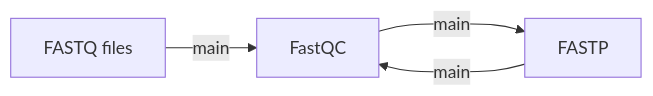
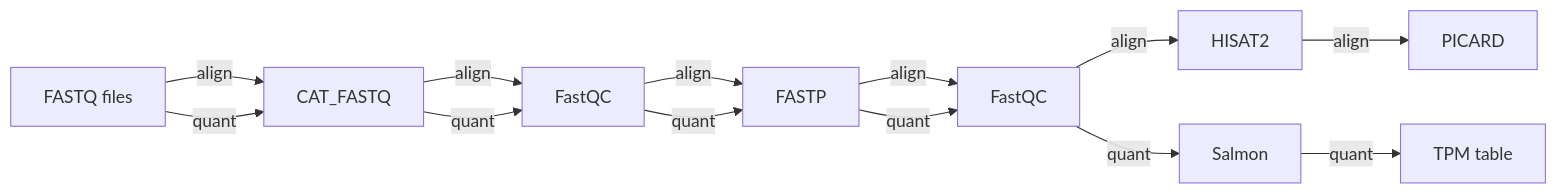
One commit to NinaBee13/Computational_Workflows_project_RoehreSchuele changed the diagram in docs/pipeline.mmd. Above: the diagram before and after it, drawn with Mermaid. The commit also changed other lines of this file and 2 other files, not shown here.

Commit message:
Update MultiQC config and pipeline diagram

```diff
--- a/docs/pipeline.mmd
+++ b/docs/pipeline.mmd
@@ -1,16 +1,31 @@
-%%metro title: CW RNA-seq Roehre-Schuele
 %%metro style: nfcore
-
-%%metro line: main | RNA-seq workflow | #2196F3
-%%metro line: qc | Quality Control | #f33a21 
+%%metro files: input | FASTQ
+%%metro line: align | Alignment with HISAT2 | #ea4b40
+%%metro line: quant | Pseudoalignment and Quantification with Salmon | #2196F3 | dashed
 
 graph LR
+    input[FASTQ files]
+    catfastq[CAT_FASTQ]
+    fastqcraw[FastQC]
+    fastqctrim[FastQC]
+    trim[FASTP]
+    hisat2[HISAT2]
+    Salmon[Salmon]
+    tximport[TPM table]
+    Picard[PICARD]
 
-    input[FASTQ files]
-    fastqc[FastQC]
-    
-    fastp[FASTP]
 
-    input -->|main| fastqc
-    fastqc --> |main| fastp
-    fastp ---> |main| fastqc
+    input -->|align| catfastq
+    catfastq --> |align|fastqcraw
+    fastqcraw --> |align| trim
+    trim --> |align| fastqctrim
+    fastqctrim -->|align| hisat2
+    hisat2 -->|align| Picard
+
+
+    input -->|quant| catfastq
+    catfastq --> |quant|fastqcraw
+    fastqcraw --> |quant| trim
+    trim --> |quant| fastqctrim
+    fastqctrim --> |quant| Salmon
+    Salmon --> |quant| tximport
```
